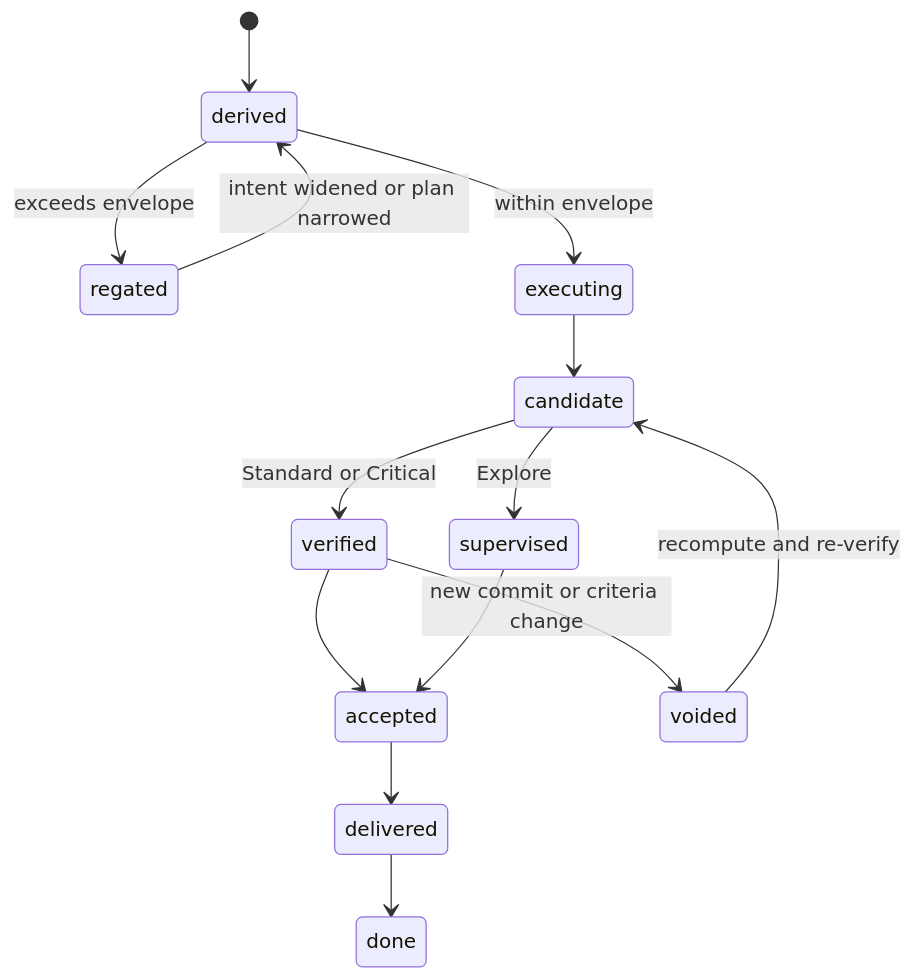
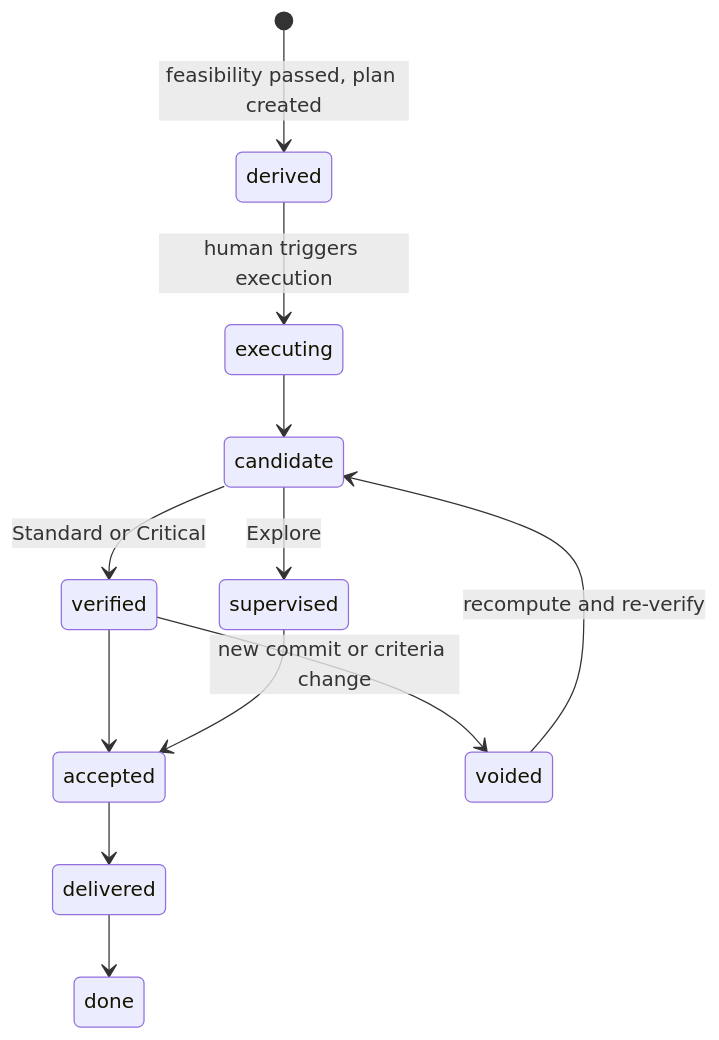
Before and after one commit to kaotypr/context-circuit-source: the fifth of 7 diagrams in sources/context-circuit-v1.0/diagrams.md, drawn with Mermaid. The commit also changed other lines of this file and 24 other files, not shown here.

````diff
--- a/sources/context-circuit-v1.0/diagrams.md
+++ b/sources/context-circuit-v1.0/diagrams.md
@@ -122,16 +121,14 @@
 ```mermaid
 stateDiagram-v2
-    [*] --> derived
-    derived --> regated: exceeds envelope
-    regated --> derived: intent widened or plan narrowed
-    derived --> executing: within envelope
+    [*] --> derived: feasibility passed, plan created
+    derived --> executing: human triggers execution
     executing --> candidate
     candidate --> verified: Standard or Critical
     candidate --> supervised: Explore
     verified --> accepted
     supervised --> accepted
     accepted --> delivered
     delivered --> done
     verified --> voided: new commit or criteria change
     voided --> candidate: recompute and re-verify
 ```
````
